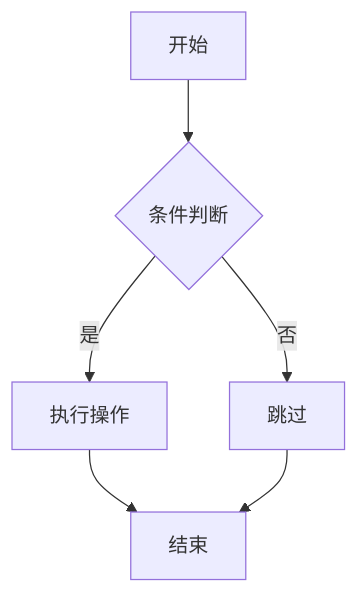
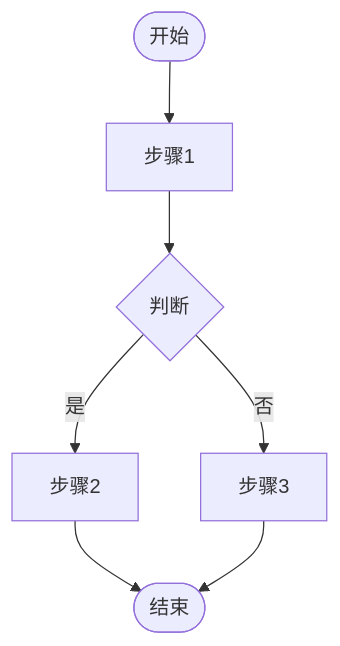
One commit to kevinqpeng/generate-tech-proposal changed the tenth of 12 diagrams in references/business-flow.md. Above: the diagram before and after it, drawn with Mermaid. The commit also changed other lines of this file and 2 other files, not shown here.

First line of the commit message:
feat: 将时序图作为业务流程的主要格式

````diff
--- a/references/business-flow.md
+++ b/references/business-flow.md
@@ -38,8 +340,9 @@
 ```mermaid
 flowchart TD
-    A[开始] --> B{条件判断}
-    B -->|是| C[执行操作]
-    B -->|否| D[跳过]
-    C --> E[结束]
-    D --> E
+    A([开始]) --> B[步骤1]
+    B --> C{判断}
+    C -->|是| D[步骤2]
+    C -->|否| E[步骤3]
+    D --> F([结束])
+    E --> F
 ```
````
